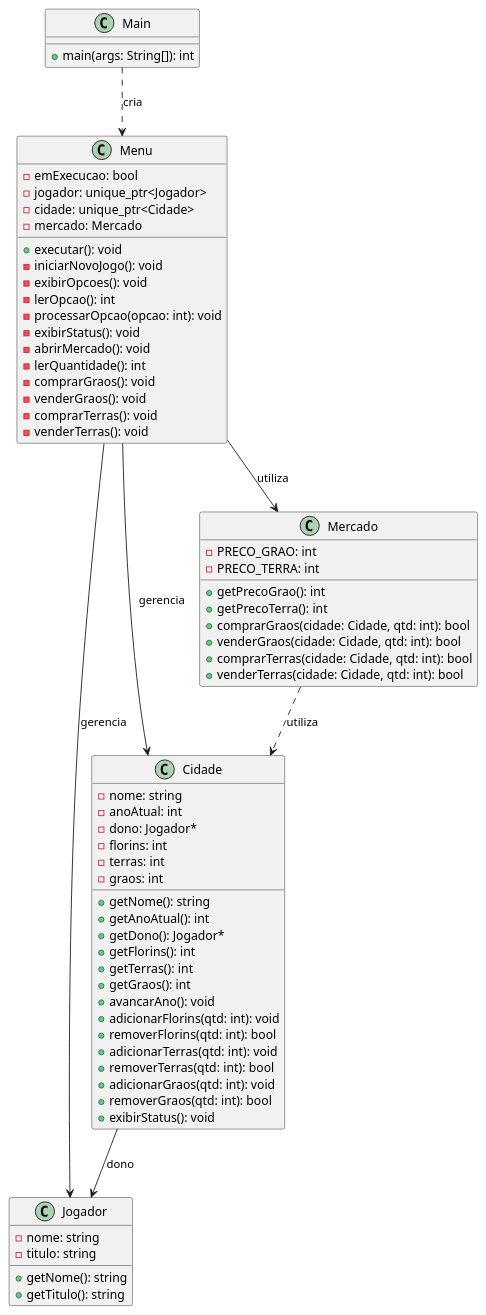
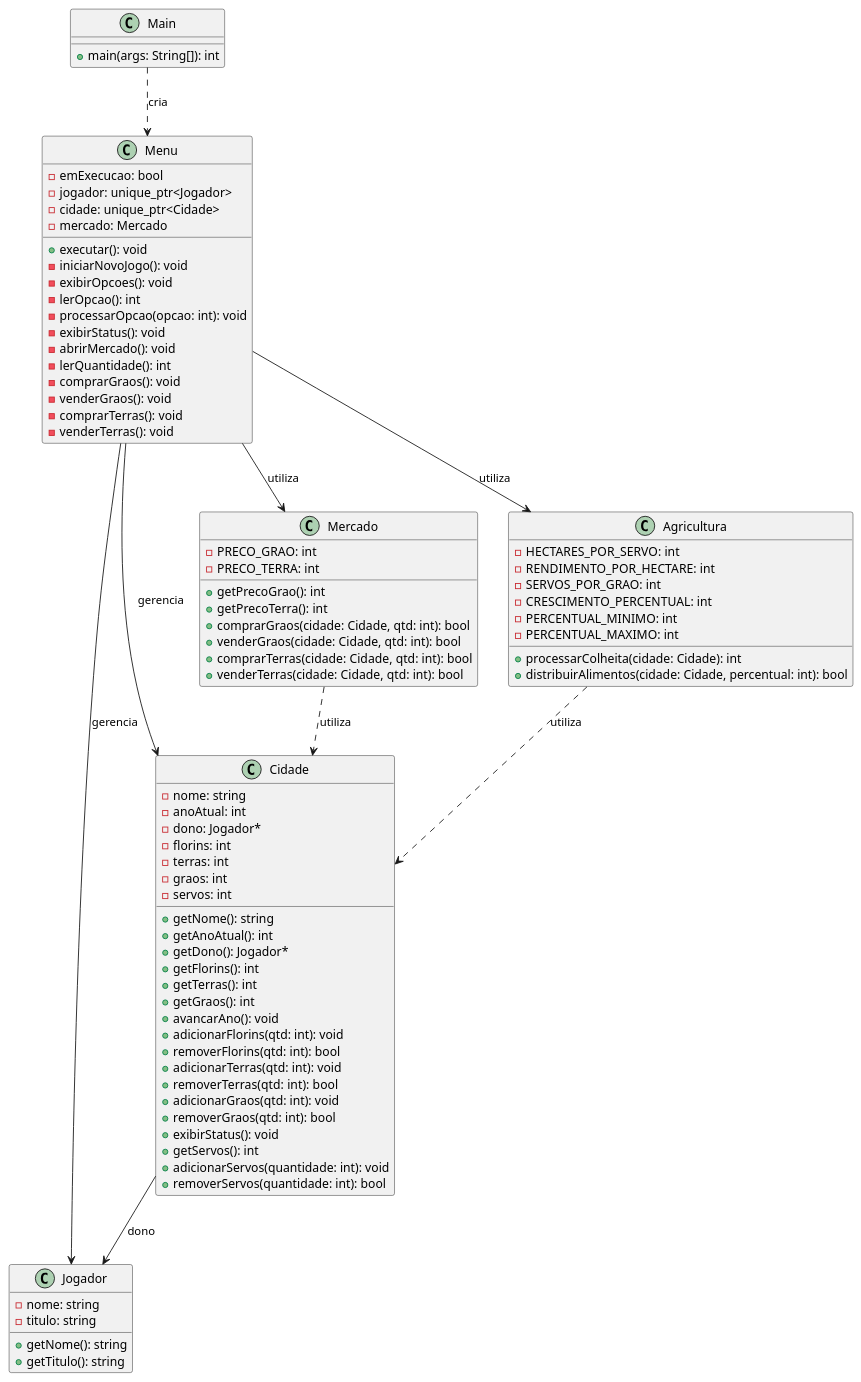
Before and after one commit to snooss/projeto-bolonha-e-milano: the diagram in uml/diagrama-classes.puml, drawn with PlantUML. The commit also changed 7 other files, not shown here.

```diff
--- a/uml/diagrama-classes.puml
+++ b/uml/diagrama-classes.puml
@@ -2,74 +2,91 @@
 @startuml
 
 class Main {
     +main(args: String[]): int
 }
 
 class Menu {
     -emExecucao: bool
     -jogador: unique_ptr<Jogador>
     -cidade: unique_ptr<Cidade>
     -mercado: Mercado
     +executar(): void
     -iniciarNovoJogo(): void
     -exibirOpcoes(): void
     -lerOpcao(): int
     -processarOpcao(opcao: int): void
     -exibirStatus(): void
     -abrirMercado(): void
     -lerQuantidade(): int
     -comprarGraos(): void
     -venderGraos(): void
     -comprarTerras(): void
     -venderTerras(): void
 }
 
 class Jogador {
     -nome: string
     -titulo: string
     +getNome(): string
     +getTitulo(): string
 }
 
 class Cidade {
     -nome: string
     -anoAtual: int
     -dono: Jogador*
     -florins: int
     -terras: int
     -graos: int
+    -servos: int
     +getNome(): string
     +getAnoAtual(): int
     +getDono(): Jogador*
     +getFlorins(): int
     +getTerras(): int
     +getGraos(): int
     +avancarAno(): void
     +adicionarFlorins(qtd: int): void
     +removerFlorins(qtd: int): bool
     +adicionarTerras(qtd: int): void
     +removerTerras(qtd: int): bool
     +adicionarGraos(qtd: int): void
     +removerGraos(qtd: int): bool
     +exibirStatus(): void
+    + getServos(): int
+    + adicionarServos(quantidade: int): void
+    + removerServos(quantidade: int): bool
 }
 
 class Mercado {
     -PRECO_GRAO: int
     -PRECO_TERRA: int
     +getPrecoGrao(): int
     +getPrecoTerra(): int
     +comprarGraos(cidade: Cidade, qtd: int): bool
     +venderGraos(cidade: Cidade, qtd: int): bool
     +comprarTerras(cidade: Cidade, qtd: int): bool
     +venderTerras(cidade: Cidade, qtd: int): bool
 }
 
+class Agricultura {
+    - HECTARES_POR_SERVO: int
+    - RENDIMENTO_POR_HECTARE: int
+    - SERVOS_POR_GRAO: int
+    - CRESCIMENTO_PERCENTUAL: int
+    - PERCENTUAL_MINIMO: int
+    - PERCENTUAL_MAXIMO: int
+    + processarColheita(cidade: Cidade): int
+    + distribuirAlimentos(cidade: Cidade, percentual: int): bool
+}
+
 Main ..> Menu : cria
 Menu --> Jogador : gerencia
 Menu --> Cidade : gerencia
 Menu --> Mercado : utiliza
 Cidade --> Jogador : dono
 Mercado ..> Cidade : utiliza
+Menu --> Agricultura : utiliza
+Agricultura ..> Cidade : utiliza
 
 @enduml
```
